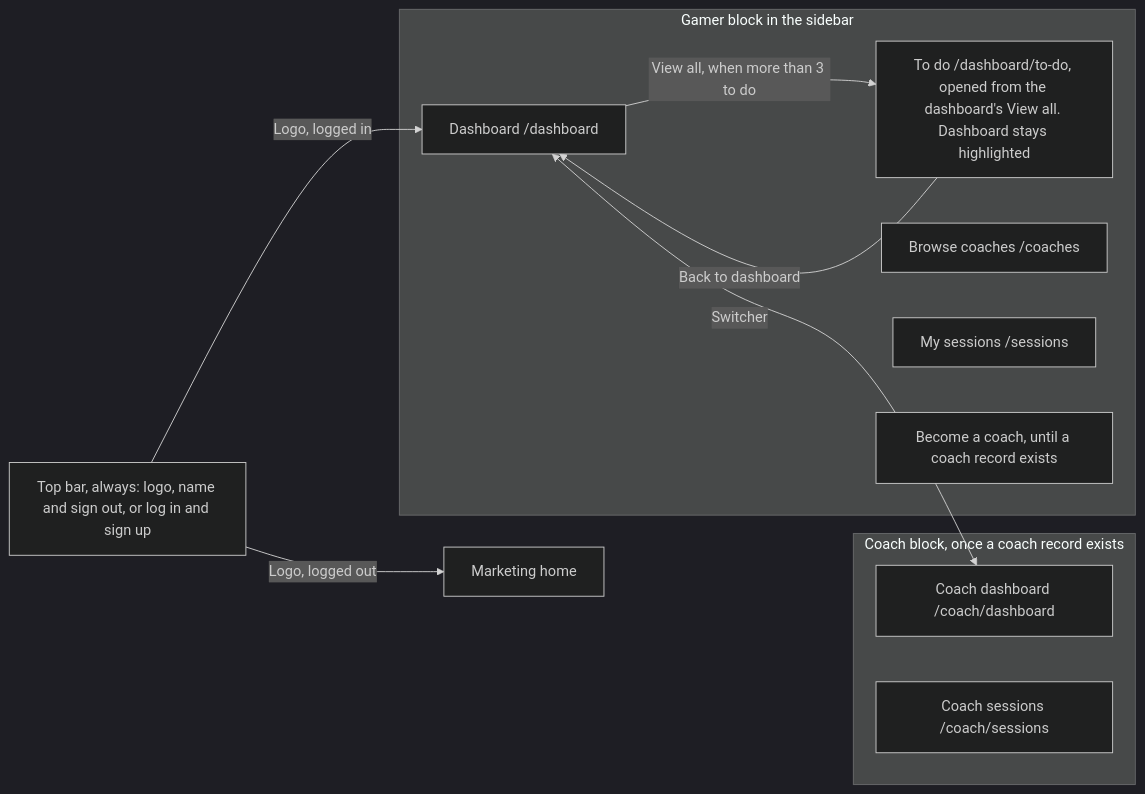
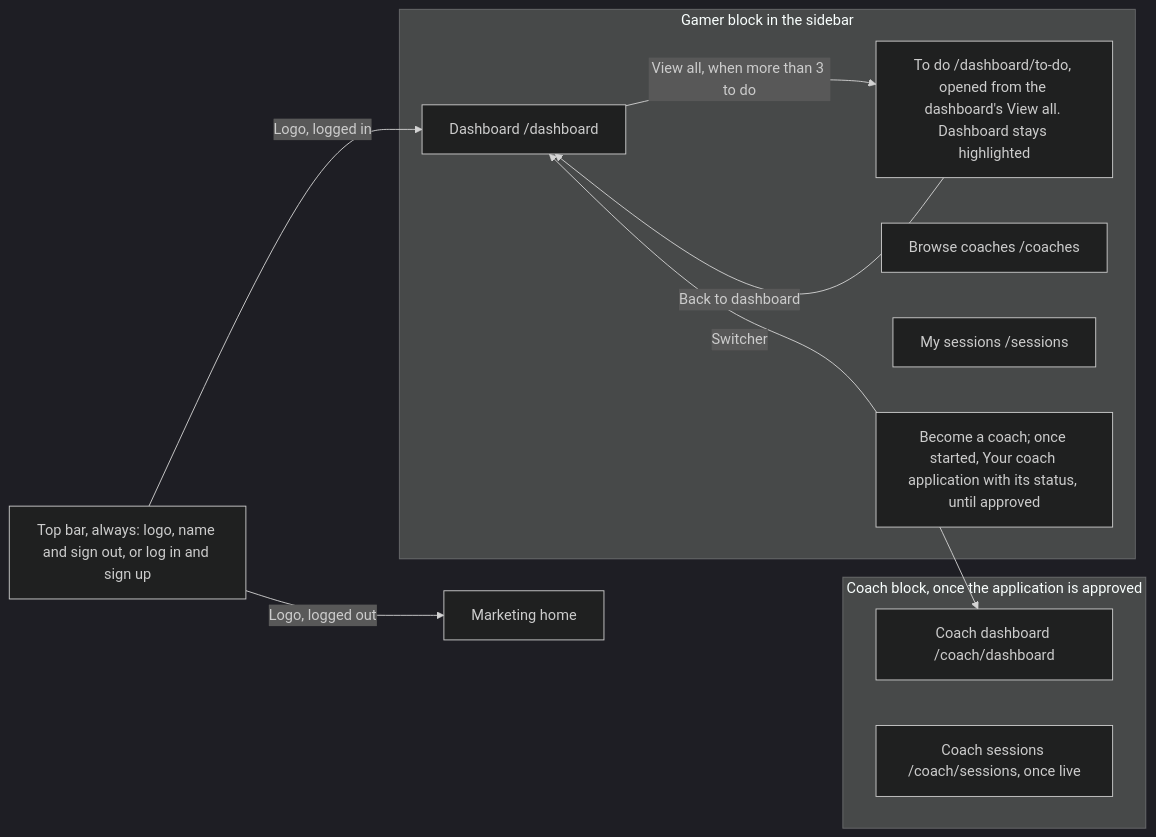
Before and after one commit to ILoveWaterSm/Harbourly-Waitlist-2.0: diagram 13 of 13 in design/USER-FLOW.md, drawn with Mermaid (dark theme). The commit also changed other lines of this file and 3 other files, not shown here.

First line of the commit message:
Record Phase 5 decisions; update coach journey and navigation diagrams and the Phase 5 build order

````diff
--- a/design/USER-FLOW.md
+++ b/design/USER-FLOW.md
@@ -397,23 +400,23 @@
 ```mermaid
 flowchart LR
   Top["Top bar, always: logo, name and sign out, or log in and sign up"]
   Top -->|"Logo, logged in"| GDash
   Top -->|"Logo, logged out"| Home["Marketing home"]
 
   subgraph Gamer["Gamer block in the sidebar"]
     GDash["Dashboard /dashboard"]
     GTodo["To do /dashboard/to-do, opened from the dashboard's View all. Dashboard stays highlighted"]
     GBrowse["Browse coaches /coaches"]
     GSess["My sessions /sessions"]
-    GBecome["Become a coach, until a coach record exists"]
+    GBecome["Become a coach; once started, Your coach application with its status, until approved"]
   end
 
-  subgraph Coach["Coach block, once a coach record exists"]
+  subgraph Coach["Coach block, once the application is approved"]
     CDash["Coach dashboard /coach/dashboard"]
-    CSess["Coach sessions /coach/sessions"]
+    CSess["Coach sessions /coach/sessions, once live"]
   end
 
   GDash -->|"View all, when more than 3 to do"| GTodo
   GTodo -->|"Back to dashboard"| GDash
   GDash <-->|"Switcher"| CDash
 ```
````
